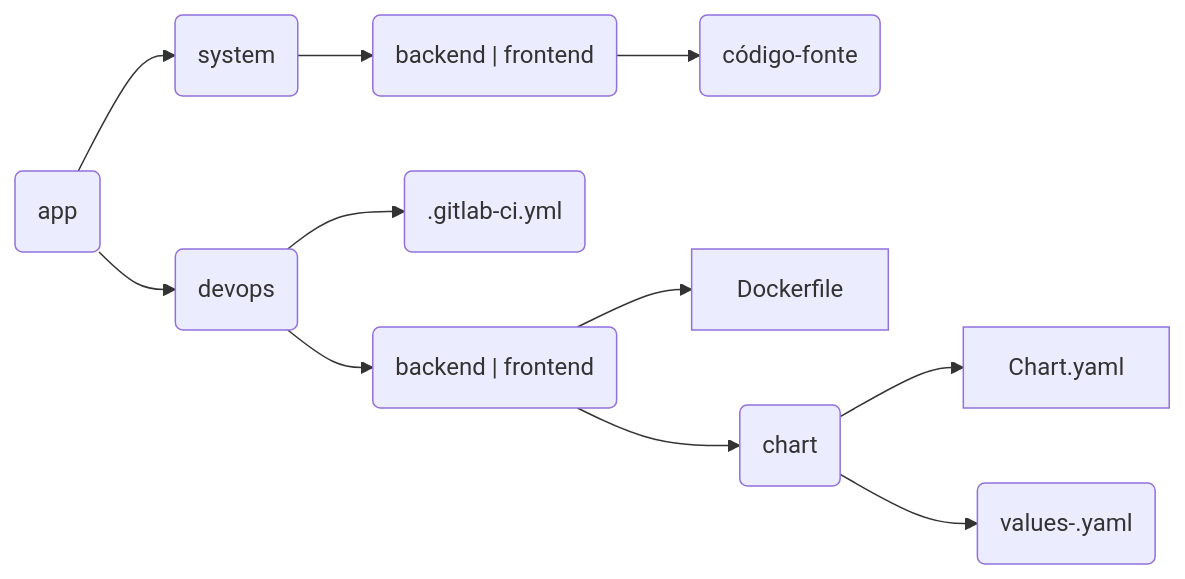
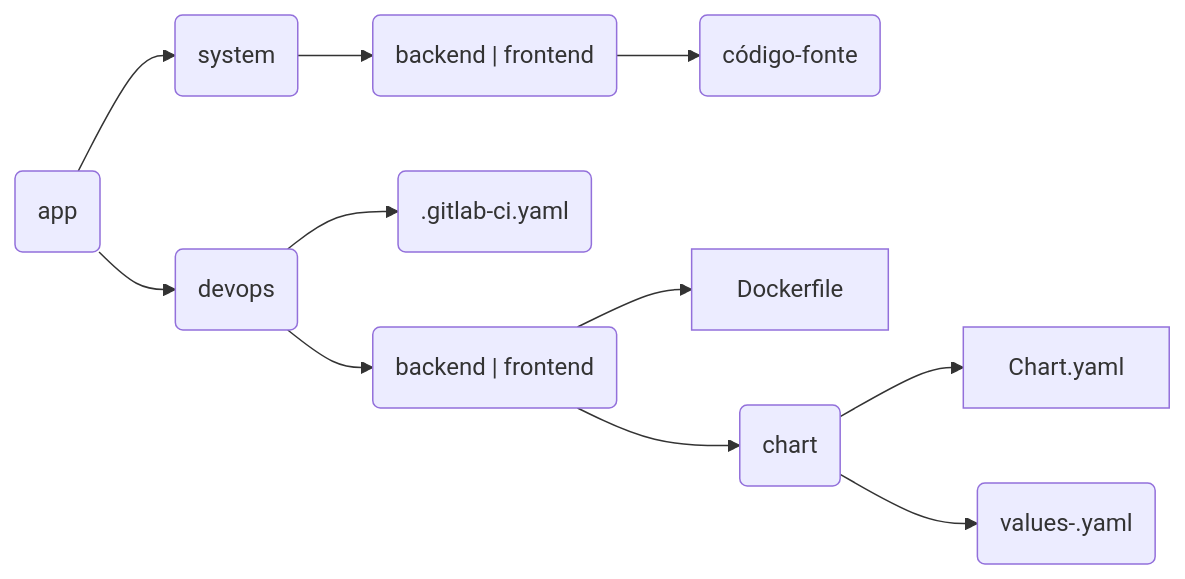
The diagram in cgs/repo-gitlab/estrutura-pastas.md (CAPES/guia), drawn with Mermaid before and after one commit. The commit also changed other lines of this file and 4 other files, not shown here.

````diff
--- a/cgs/repo-gitlab/estrutura-pastas.md
+++ b/cgs/repo-gitlab/estrutura-pastas.md
@@ -5,14 +5,14 @@
 ```mermaid
 graph LR
     raiz(app)
     raiz --> devops(devops)
     raiz --> system(system)
     system --> tiersystem("backend | frontend")
     tiersystem --> codigo("código-fonte")
-    devops --> gitlab(".gitlab-ci.yml")
+    devops --> gitlab(".gitlab-ci.yaml")
     devops --> tier("backend | frontend")
     tier --> Dockerfile
     tier --> app(chart)
     app --> C[Chart.yaml]
     app --> E("values-<ambiente>.yaml")
 ```
````
